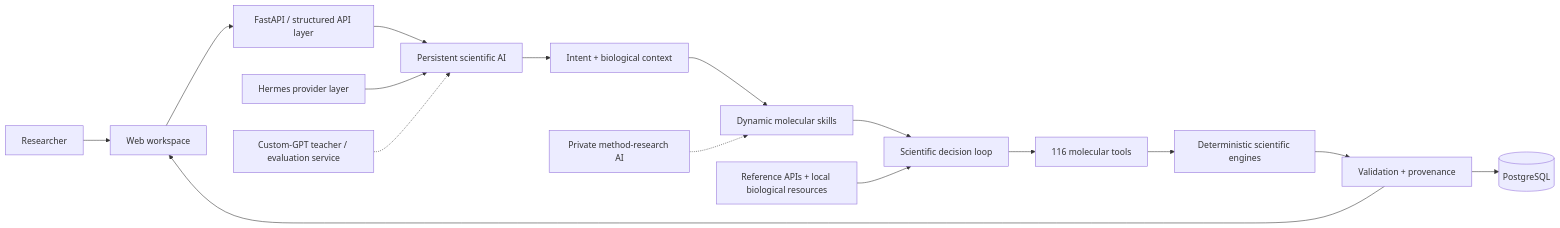
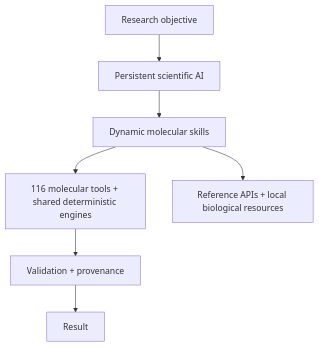
The diagram in README.md (Niedharsan/labos-molecular-ai), drawn with Mermaid before and after one commit. The commit also changed other lines of this file, not shown here.

Commit message:
Simplify LabOS capabilities and architecture

````diff
--- a/README.md
+++ b/README.md
@@ -89,21 +88,9 @@
 ```mermaid
-flowchart LR
-    U[Researcher] --> UI[Web workspace]
-    UI --> API[FastAPI / structured API layer]
-    API --> AI[Persistent scientific AI]
-
-    AI --> R[Intent + biological context]
-    R --> S[Dynamic molecular skills]
-    S --> D[Scientific decision loop]
-
-    D --> T[116 molecular tools]
-    T --> E[Deterministic scientific engines]
-    E --> V[Validation + provenance]
-    V --> DB[(PostgreSQL)]
-    V --> UI
-
-    X[Reference APIs + local biological resources] --> D
-    H[Hermes provider layer] --> AI
-    C[Custom-GPT teacher / evaluation service] -.-> AI
-    Q[Private method-research AI] -.-> S
+flowchart TD
+    U[Research objective] --> AI[Persistent scientific AI]
+    AI --> S[Dynamic molecular skills]
+    S --> T[116 molecular tools + shared deterministic engines]
+    S --> X[Reference APIs + local biological resources]
+    T --> V[Validation + provenance]
+    V --> O[Result]
 ```
````
